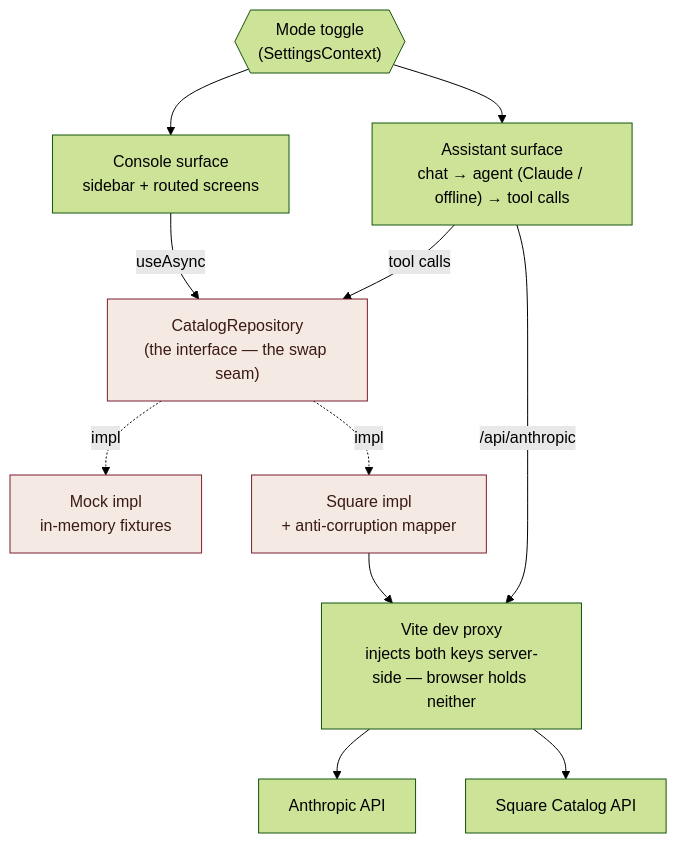
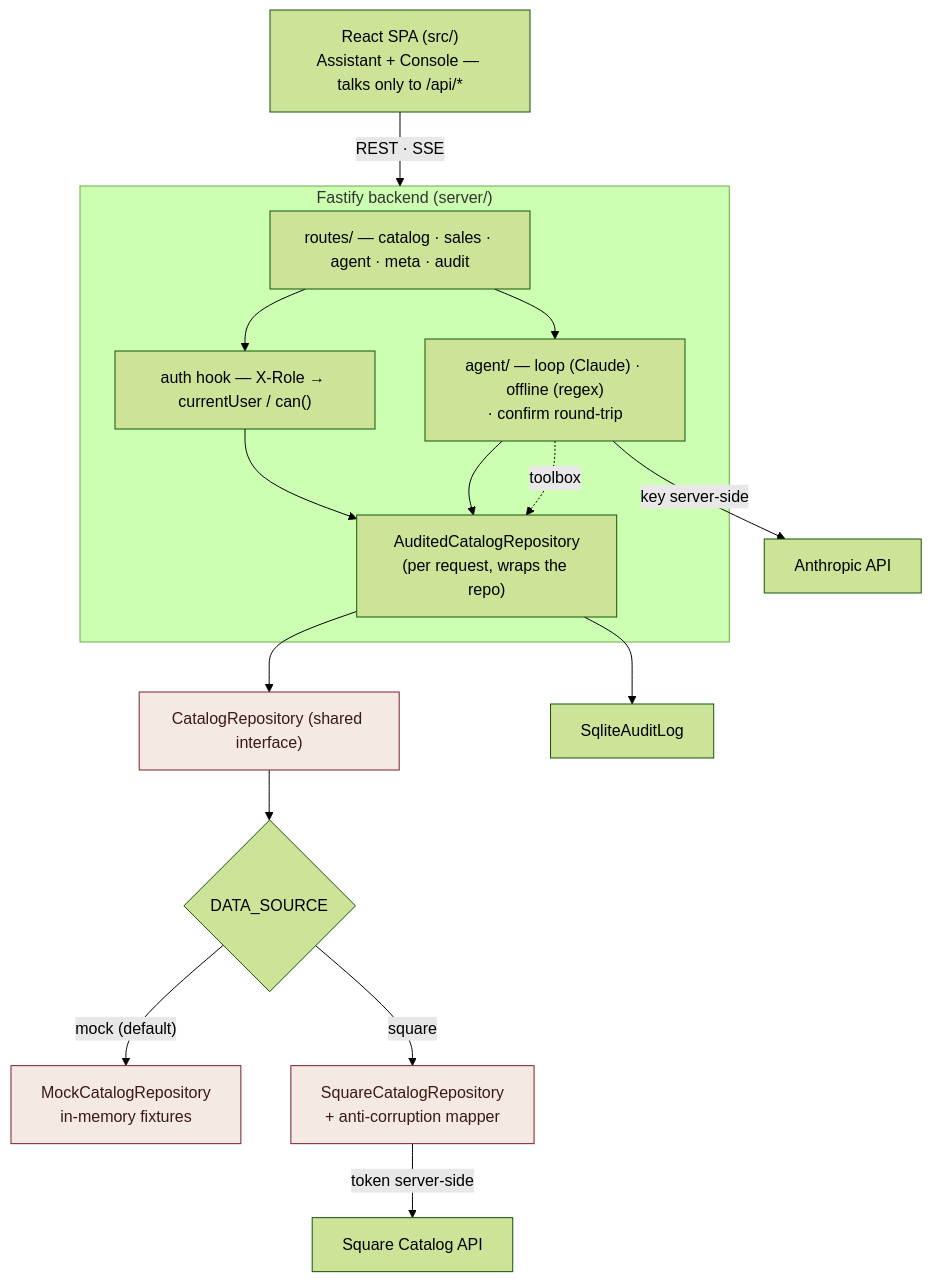
Before and after one commit to daniel-citrus/CapheVietPOS: the first of 5 diagrams in ARCHITECTURE.md, drawn with Mermaid (forest theme). The commit also changed other lines of this file and 4 other files, not shown here.

````diff
--- a/ARCHITECTURE.md
+++ b/ARCHITECTURE.md
@@ -50,29 +55,29 @@
 ```mermaid
 flowchart TD
-  TOGGLE{{"Mode toggle<br/>(SettingsContext)"}}
+  BROWSER["React SPA (src/)<br/>Assistant + Console — talks only to /api/*"]
+  BROWSER -->|"REST · SSE"| API
 
-  ASSIST["Assistant surface<br/>chat → agent (Claude / offline) → tool calls"]
-  CONSOLE["Console surface<br/>sidebar + routed screens"]
+  subgraph API["Fastify backend (server/)"]
+    ROUTES["routes/ — catalog · sales · agent · meta · audit"]
+    AUTH["auth hook — X-Role → currentUser / can()"]
+    AUDITED["AuditedCatalogRepository<br/>(per request, wraps the repo)"]
+    AGENT["agent/ — loop (Claude) · offline (regex)<br/>· confirm round-trip"]
+    ROUTES --> AUTH --> AUDITED
+    ROUTES --> AGENT --> AUDITED
+  end
 
-  REPO["CatalogRepository<br/>(the interface — the swap seam)"]
-  MOCK["Mock impl<br/>in-memory fixtures"]
-  SQ["Square impl<br/>+ anti-corruption mapper"]
+  AUDITED --> REPO
+  AGENT -. "toolbox" .-> AUDITED
 
-  PROXY["Vite dev proxy<br/>injects both keys server-side — browser holds neither"]
-  ANTHROPIC["Anthropic API"]
-  SQUAREAPI["Square Catalog API"]
+  REPO["CatalogRepository (shared interface)"]
+  REPO --> SEL{"DATA_SOURCE"}
+  SEL -->|"mock (default)"| MOCK["MockCatalogRepository<br/>in-memory fixtures"]
+  SEL -->|"square"| SQ["SquareCatalogRepository<br/>+ anti-corruption mapper"]
 
-  TOGGLE --> ASSIST
-  TOGGLE --> CONSOLE
-  ASSIST -->|"tool calls"| REPO
-  CONSOLE -->|"useAsync"| REPO
-  REPO -. impl .-> MOCK
-  REPO -. impl .-> SQ
-  ASSIST -->|"/api/anthropic"| PROXY
-  SQ --> PROXY
-  PROXY --> ANTHROPIC
-  PROXY --> SQUAREAPI
+  SQ -->|"token server-side"| SQUARE["Square Catalog API"]
+  AGENT -->|"key server-side"| ANTHROPIC["Anthropic API"]
+  AUDITED --> LOG["SqliteAuditLog"]
 
   classDef seam fill:#f5e9e4,stroke:#7d1f2d,color:#3a1a14;
   class REPO,MOCK,SQ seam
 ```
````
